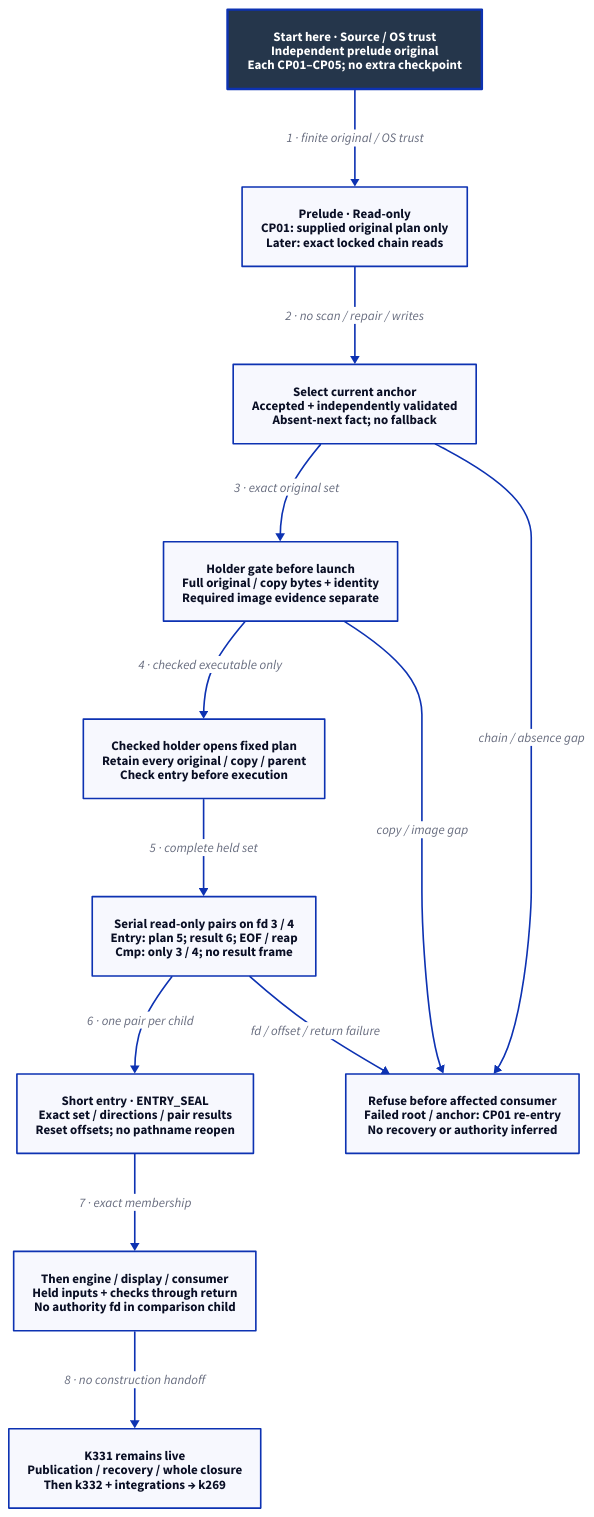
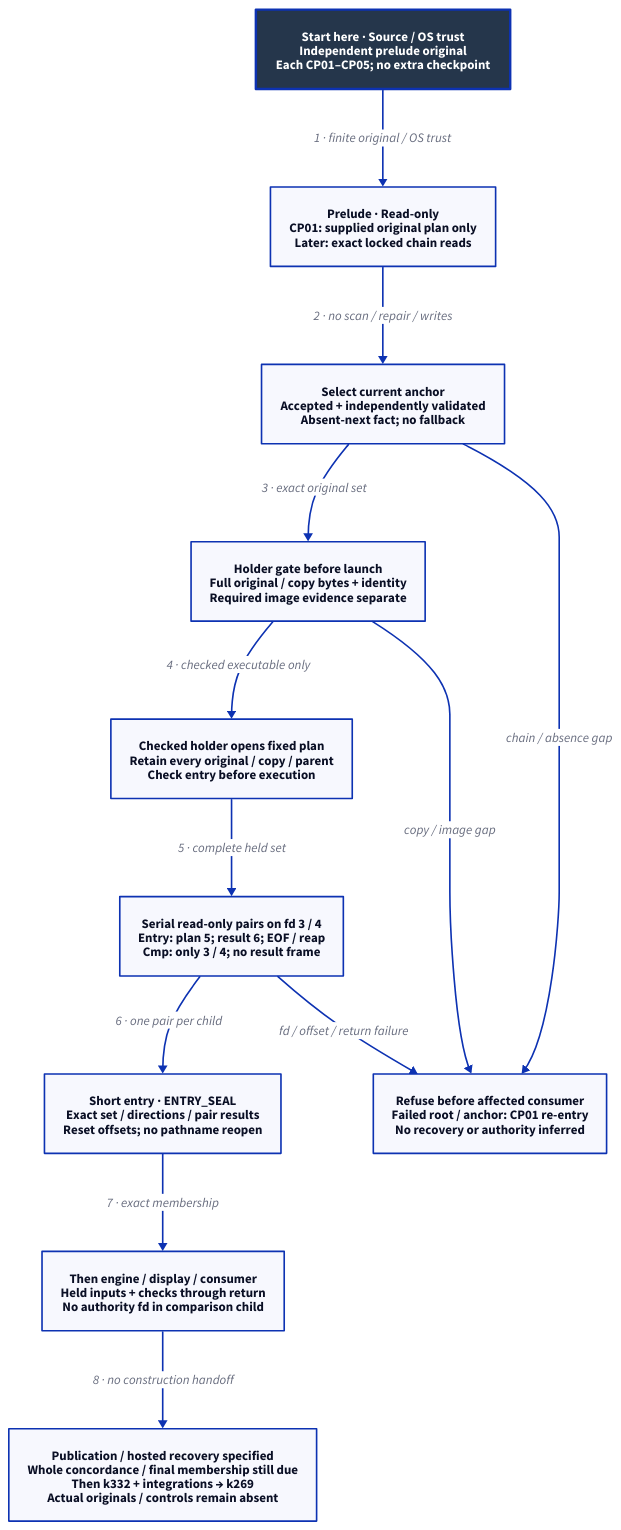
One commit to Linkuistics/Koine changed the diagram in docs/design/architecture/native-reference-proof.d2. Above: the diagram before and after it, drawn with D2. The commit also changed 34 other files, not shown here.

```diff
--- a/docs/design/architecture/native-reference-proof.d2
+++ b/docs/design/architecture/native-reference-proof.d2
@@ -1,26 +1,26 @@
-# k333 pre-tool design slice. Whole k331 closure / k332 review precede construction.
+# Specified pre-tool path; whole k331 concordance/membership and k332 review precede use.
 direction: down
 classes: {
   start: {style: {fill: "#25364B"; font-color: "#FFFFFF"; bold: true; stroke-width: 3}}
 }
 Start: "Start here · Source / OS trust\nIndependent prelude original\nEach CP01–CP05; no extra checkpoint" {class: start}
 Prelude: "Prelude · Read-only\nCP01: supplied original plan only\nLater: exact locked chain reads"
 Select: "Select current anchor\nAccepted + independently validated\nAbsent-next fact; no fallback"
 Gate: "Holder gate before launch\nFull original / copy bytes + identity\nRequired image evidence separate"
 Holder: "Checked holder opens fixed plan\nRetain every original / copy / parent\nCheck entry before execution"
 Pairs: "Serial read-only pairs on fd 3 / 4\nEntry: plan 5; result 6; EOF / reap\nCmp: only 3 / 4; no result frame"
 Seal: "Short entry · ENTRY_SEAL\nExact set / directions / pair results\nReset offsets; no pathname reopen"
 Ready: "Then engine / display / consumer\nHeld inputs + checks through return\nNo authority fd in comparison child"
 Unavailable: "Refuse before affected consumer\nFailed root / anchor: CP01 re-entry\nNo recovery or authority inferred"
-Live: "K331 remains live\nPublication / recovery / whole closure\nThen k332 + integrations → k269"
+Live: "Publication / hosted recovery specified\nWhole concordance / final membership still due\nThen k332 + integrations → k269\nActual originals / controls remain absent"
 Start -> Prelude: "1 · finite original / OS trust"
 Prelude -> Select: "2 · no scan / repair / writes"
 Select -> Gate: "3 · exact original set"
 Gate -> Holder: "4 · checked executable only"
 Holder -> Pairs: "5 · complete held set"
 Pairs -> Seal: "6 · one pair per child"
 Seal -> Ready: "7 · exact membership"
 Select -> Unavailable: "chain / absence gap"
 Gate -> Unavailable: "copy / image gap"
 Pairs -> Unavailable: "fd / offset / return failure"
 Ready -> Live: "8 · no construction handoff"
```
